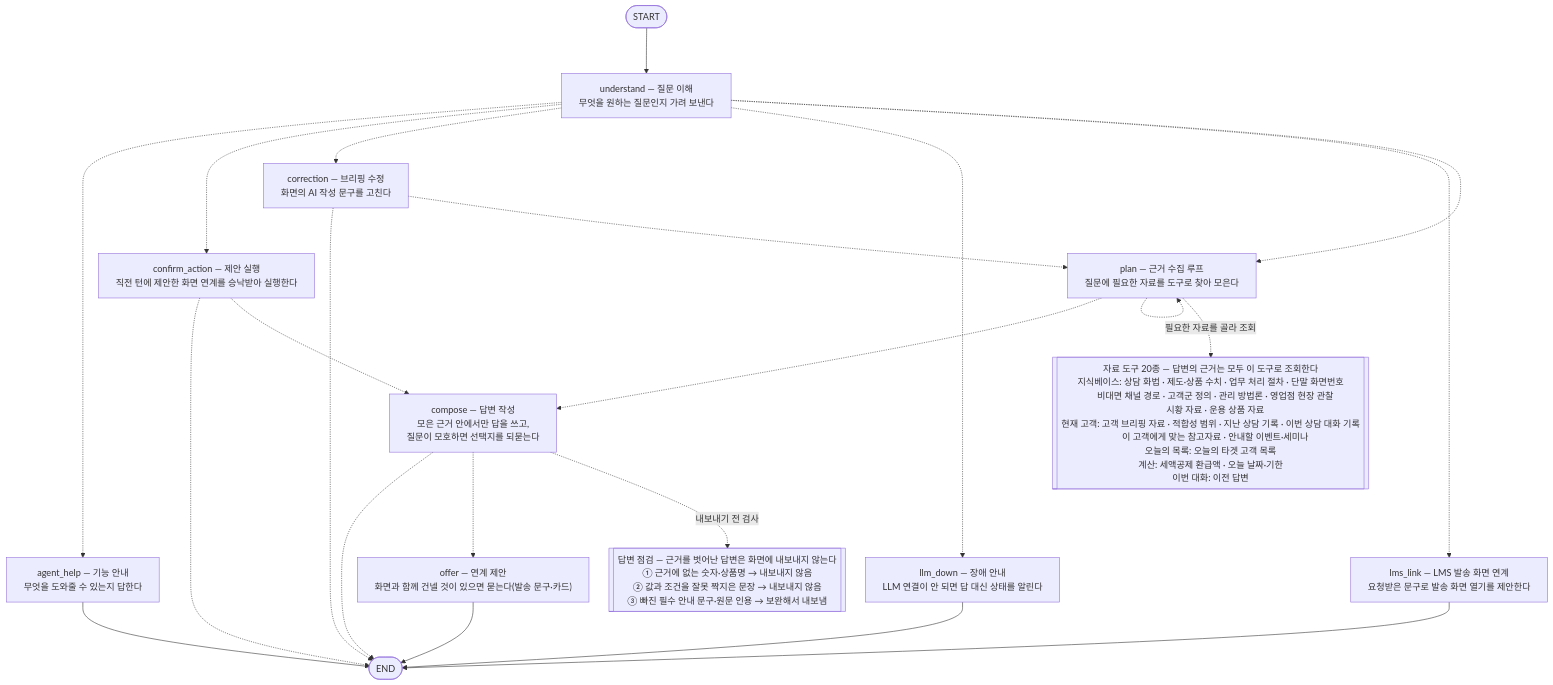
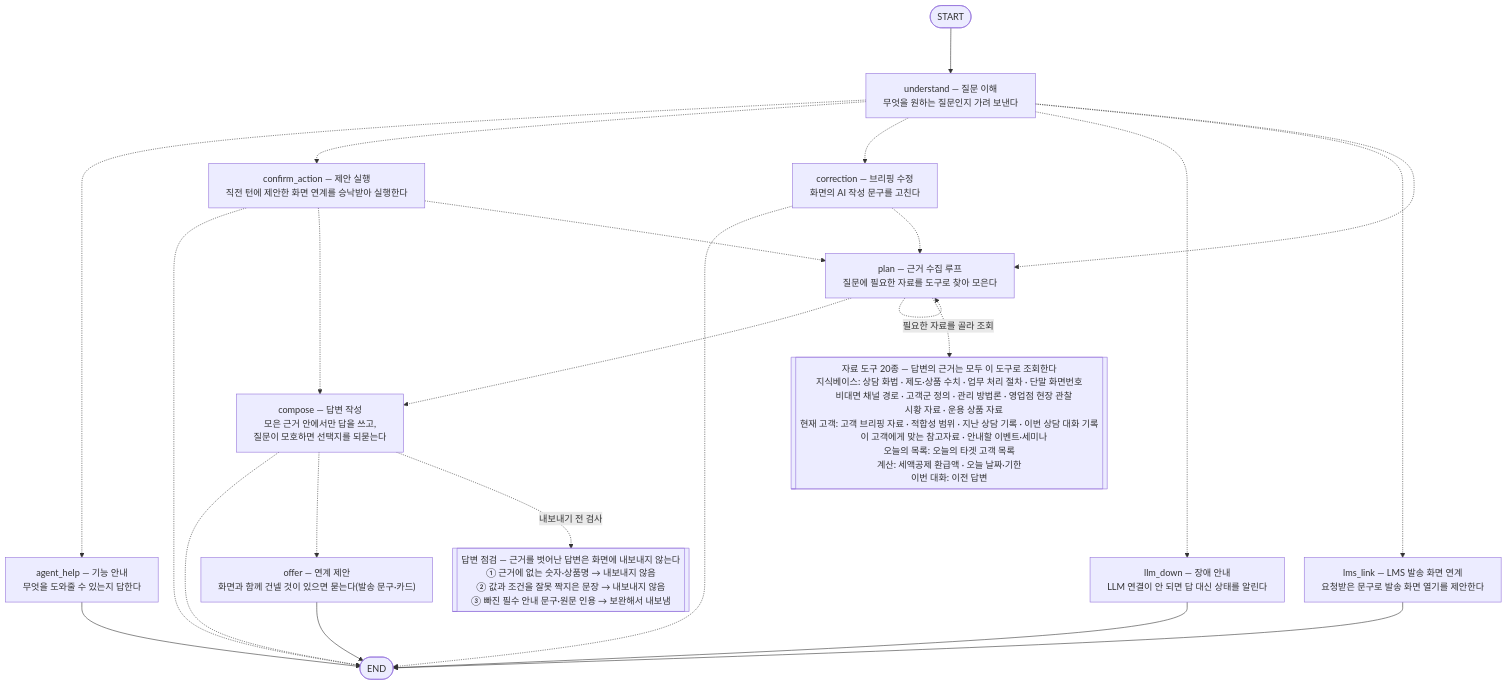
Before and after one commit to 09sunwoo-a/Pension_agent: the diagram in src/pension_agent/consult_agent/README.md, drawn with Mermaid. The commit also changed 10 other files, not shown here.

````diff
--- a/src/pension_agent/consult_agent/README.md
+++ b/src/pension_agent/consult_agent/README.md
@@ -60,38 +60,39 @@
 ```mermaid
 %%{init: {"flowchart": {"wrappingWidth": 800, "nodeSpacing": 35, "rankSpacing": 80}}}%%
 flowchart TD
     __start__([START])
     understand["understand — 질문 이해<br/>무엇을 원하는 질문인지 가려 보낸다"]
     agent_help["agent_help — 기능 안내<br/>무엇을 도와줄 수 있는지 답한다"]
     plan["plan — 근거 수집 루프<br/>질문에 필요한 자료를 도구로 찾아 모은다"]
     compose["compose — 답변 작성<br/>모은 근거 안에서만 답을 쓰고,<br/>질문이 모호하면 선택지를 되묻는다"]
     lms_link["lms_link — LMS 발송 화면 연계<br/>요청받은 문구로 발송 화면 열기를 제안한다"]
     correction["correction — 브리핑 수정<br/>화면의 AI 작성 문구를 고친다"]
     llm_down["llm_down — 장애 안내<br/>LLM 연결이 안 되면 답 대신 상태를 알린다"]
     confirm_action["confirm_action — 제안 실행<br/>직전 턴에 제안한 화면 연계를 승낙받아 실행한다"]
     offer["offer — 연계 제안<br/>화면과 함께 건넬 것이 있으면 묻는다(발송 문구·카드)"]
     __end__([END])
     __start__ --> understand
     compose -.-> __end__
     compose -.-> offer
     confirm_action -.-> __end__
     confirm_action -.-> compose
+    confirm_action -.-> plan
     correction -.-> __end__
     correction -.-> plan
     plan -.-> compose
     plan -.-> plan
     understand -.-> agent_help
     understand -.-> confirm_action
     understand -.-> correction
     understand -.-> llm_down
     understand -.-> lms_link
     understand -.-> plan
     agent_help --> __end__
     llm_down --> __end__
     lms_link --> __end__
     offer --> __end__
     tools[["자료 도구 20종 — 답변의 근거는 모두 이 도구로 조회한다<br/>지식베이스: 상담 화법 · 제도·상품 수치 · 업무 처리 절차 · 단말 화면번호<br/>&nbsp;&nbsp;&nbsp;&nbsp;비대면 채널 경로 · 고객군 정의 · 관리 방법론 · 영업점 현장 관찰<br/>&nbsp;&nbsp;&nbsp;&nbsp;시황 자료 · 운용 상품 자료<br/>현재 고객: 고객 브리핑 자료 · 적합성 범위 · 지난 상담 기록 · 이번 상담 대화 기록<br/>&nbsp;&nbsp;&nbsp;&nbsp;이 고객에게 맞는 참고자료 · 안내할 이벤트·세미나<br/>오늘의 목록: 오늘의 타겟 고객 목록<br/>계산: 세액공제 환급액 · 오늘 날짜·기한<br/>이번 대화: 이전 답변"]]
     plan -. "필요한 자료를 골라 조회" .-> tools
     gates[["답변 점검 — 근거를 벗어난 답변은 화면에 내보내지 않는다<br/>① 근거에 없는 숫자·상품명 → 내보내지 않음<br/>② 값과 조건을 잘못 짝지은 문장 → 내보내지 않음<br/>③ 빠진 필수 안내 문구·원문 인용 → 보완해서 내보냄"]]
     compose -. "내보내기 전 검사" .-> gates
 ```
````
